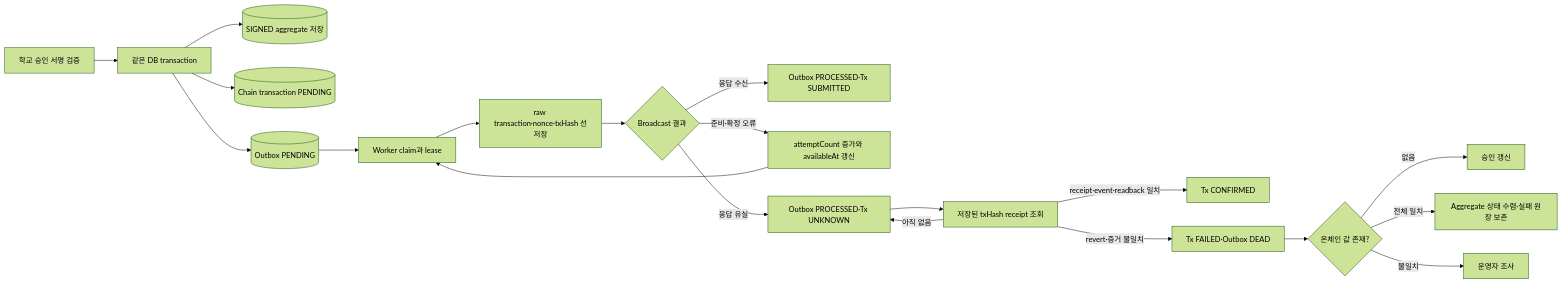
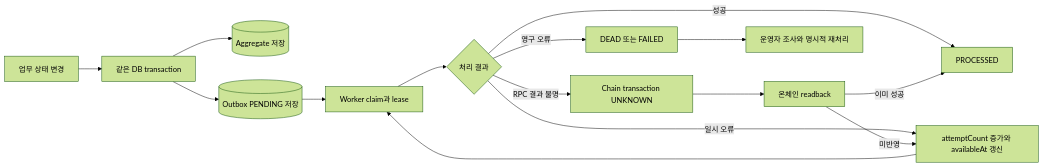
One commit to Tok-Baro/Trekkey_BackEnd changed diagram 19 of 22 in docs/architecture-diagrams.md. Above: the diagram before and after it, drawn with Mermaid (forest theme). The commit also changed other lines of this file and 408 other files, not shown here.

````diff
--- a/docs/architecture-diagrams.md
+++ b/docs/architecture-diagrams.md
@@ -538,22 +518,17 @@
 ```mermaid
 flowchart LR
-    approval["학교 승인 서명 검증"] --> sameTx["같은 DB transaction"]
-    sameTx --> aggregate[("SIGNED aggregate 저장")]
-    sameTx --> chainTx[("Chain transaction PENDING")]
-    sameTx --> outbox[("Outbox PENDING")]
+    domainTx["업무 상태 변경"] --> sameTx["같은 DB transaction"]
+    sameTx --> aggregate[("Aggregate 저장")]
+    sameTx --> outbox[("Outbox PENDING 저장")]
     outbox --> claim["Worker claim과 lease"]
-    claim --> prepare["raw transaction·nonce·txHash 선저장"]
-    prepare --> process{"Broadcast 결과"}
-    process -->|"응답 수신"| processed["Outbox PROCESSED·Tx SUBMITTED"]
-    process -->|"준비·확정 오류"| retry["attemptCount 증가와 availableAt 갱신"]
+    claim --> process{"처리 결과"}
+    process -->|"성공"| processed["PROCESSED"]
+    process -->|"일시 오류"| retry["attemptCount 증가와 availableAt 갱신"]
     retry --> claim
-    process -->|"응답 유실"| unknown["Outbox PROCESSED·Tx UNKNOWN"]
-    unknown --> receipt["저장된 txHash receipt 조회"]
-    receipt -->|"receipt·event·readback 일치"| confirmed["Tx CONFIRMED"]
-    receipt -->|"아직 없음"| unknown
-    receipt -->|"revert·증거 불일치"| dead["Tx FAILED·Outbox DEAD"]
-    dead --> onchain{"온체인 값 존재?"}
-    onchain -->|"없음"| operator["승인 갱신"]
-    onchain -->|"전체 일치"| reconciled["Aggregate 상태 수렴·실패 원장 보존"]
-    onchain -->|"불일치"| investigate["운영자 조사"]
+    process -->|"RPC 결과 불명"| unknown["Chain transaction UNKNOWN"]
+    unknown --> readback["온체인 readback"]
+    readback -->|"이미 성공"| processed
+    readback -->|"미반영"| retry
+    process -->|"영구 오류"| dead["DEAD 또는 FAILED"]
+    dead --> operator["운영자 조사와 명시적 재처리"]
 ```
````
